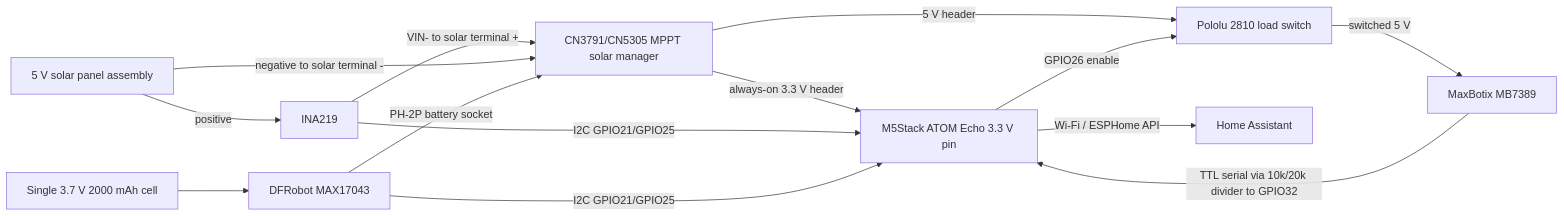
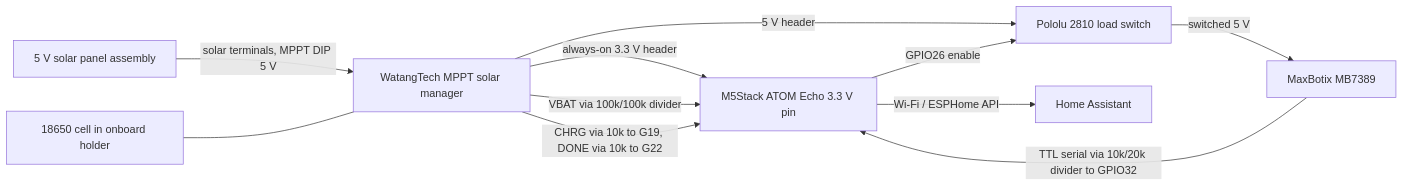
The diagram in projects/snow-depth-sensor/README.md (jameskorzekwa/maker-projects), drawn with Mermaid before and after one commit. The commit also changed other lines of this file and 3 other files, not shown here.

First line of the commit message:
Telemetry rework: VBAT/CHRG/DONE monitoring replaces I2C gauges (#15)

````diff
--- a/projects/snow-depth-sensor/README.md
+++ b/projects/snow-depth-sensor/README.md
@@ -29,16 +29,13 @@
 ```mermaid
 flowchart LR
-    PANEL[5 V solar panel assembly] -->|positive| INA[INA219]
-    INA -->|VIN- to solar terminal +| PM[CN3791/CN5305 MPPT solar manager]
-    PANEL -->|negative to solar terminal -| PM
-    BATT[Single 3.7 V 2000 mAh cell] --> GAUGE[DFRobot MAX17043]
-    GAUGE -->|PH-2P battery socket| PM
+    PANEL[5 V solar panel assembly] -->|solar terminals, MPPT DIP 5 V| PM[WatangTech MPPT solar manager]
+    BATT[18650 cell in onboard holder] --- PM
     PM -->|always-on 3.3 V header| ATOM[M5Stack ATOM Echo 3.3 V pin]
     PM -->|5 V header| SW[Pololu 2810 load switch]
+    PM -->|VBAT via 100k/100k divider| ATOM
+    PM -->|CHRG via 10k to G19, DONE via 10k to G22| ATOM
     ATOM -->|GPIO26 enable| SW
     SW -->|switched 5 V| MB[MaxBotix MB7389]
     MB -->|TTL serial via 10k/20k divider to GPIO32| ATOM
-    INA -->|I2C GPIO21/GPIO25| ATOM
-    GAUGE -->|I2C GPIO21/GPIO25| ATOM
     ATOM -->|Wi-Fi / ESPHome API| HA[Home Assistant]
 ```
````
